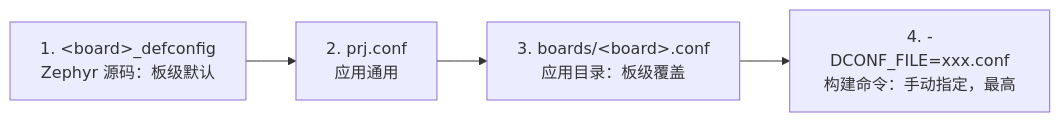
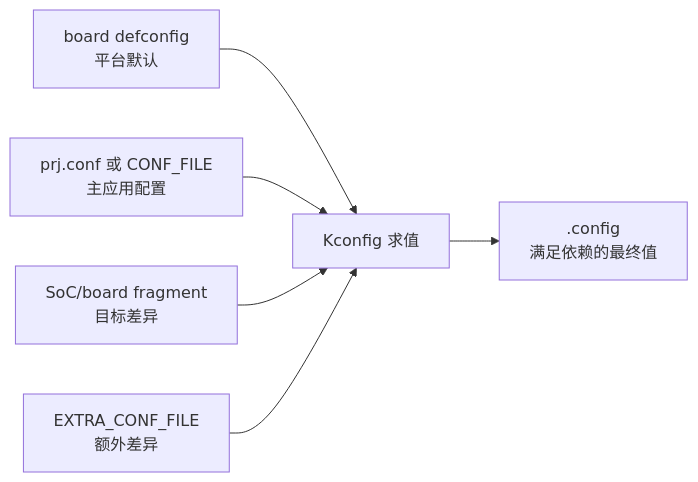
One commit to cdragon-ljl/EEandEdgeAI changed the second of 3 diagrams in docs/articles/zephyr/zephyr-02-kconfig-build-system.md. Above: the diagram before and after it, drawn with Mermaid. The commit also changed other lines of this file and 35 other files, not shown here.

````diff
--- a/docs/articles/zephyr/zephyr-02-kconfig-build-system.md
+++ b/docs/articles/zephyr/zephyr-02-kconfig-build-system.md
@@ -151,6 +193,8 @@
 ```mermaid
 flowchart LR
-    A[1. &lt;board&gt;_defconfig<br/>Zephyr 源码：板级默认] --> B[2. prj.conf<br/>应用通用]
-    B --> C[3. boards/&lt;board&gt;.conf<br/>应用目录：板级覆盖]
-    C --> D[4. -DCONF_FILE=xxx.conf<br/>构建命令：手动指定，最高]
+    A[board defconfig<br/>平台默认] --> K[Kconfig 求值]
+    B[prj.conf 或 CONF_FILE<br/>主应用配置] --> K
+    C[SoC/board fragment<br/>目标差异] --> K
+    D[EXTRA_CONF_FILE<br/>额外差异] --> K
+    K --> E[.config<br/>满足依赖的最终值]
 ```
````
